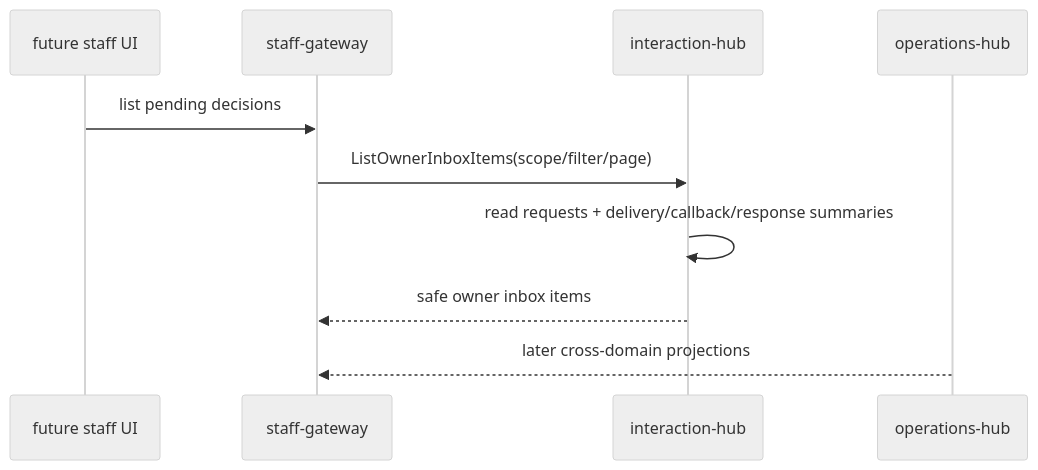
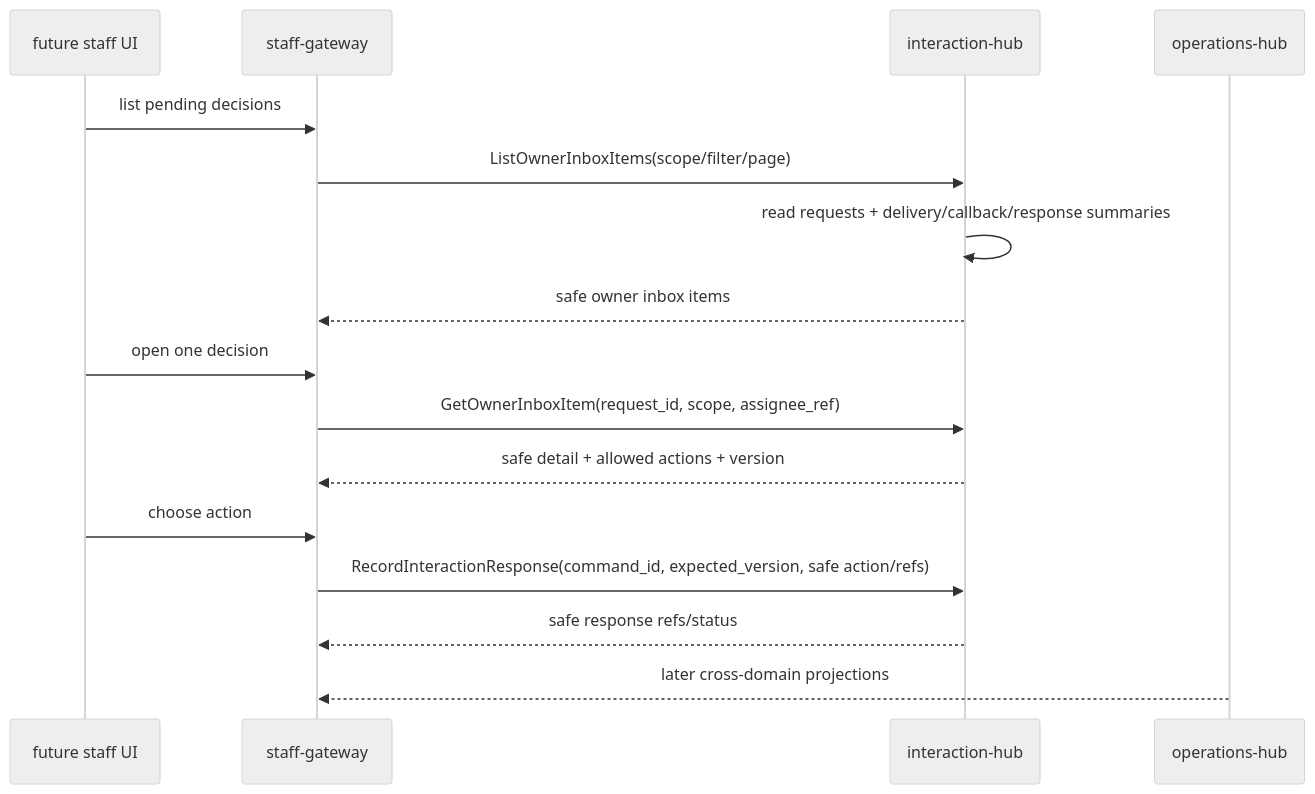
The fifth of 5 diagrams in docs/domains/interaction-hub/architecture/design.md (codex-k8s/kodex), drawn with Mermaid (neutral theme) before and after one commit. The commit also changed other lines of this file and 21 other files, not shown here.

Commit message:
Add owner inbox detail surface

````diff
--- a/docs/domains/interaction-hub/architecture/design.md
+++ b/docs/domains/interaction-hub/architecture/design.md
@@ -174,12 +174,18 @@
 ```mermaid
 sequenceDiagram
   participant UI as future staff UI
   participant SG as staff-gateway
   participant IH as interaction-hub
   participant Ops as operations-hub
   UI->>SG: list pending decisions
   SG->>IH: ListOwnerInboxItems(scope/filter/page)
   IH->>IH: read requests + delivery/callback/response summaries
   IH-->>SG: safe owner inbox items
+  UI->>SG: open one decision
+  SG->>IH: GetOwnerInboxItem(request_id, scope, assignee_ref)
+  IH-->>SG: safe detail + allowed actions + version
+  UI->>SG: choose action
+  SG->>IH: RecordInteractionResponse(command_id, expected_version, safe action/refs)
+  IH-->>SG: safe response refs/status
   Ops-->>SG: later cross-domain projections
 ```
````
